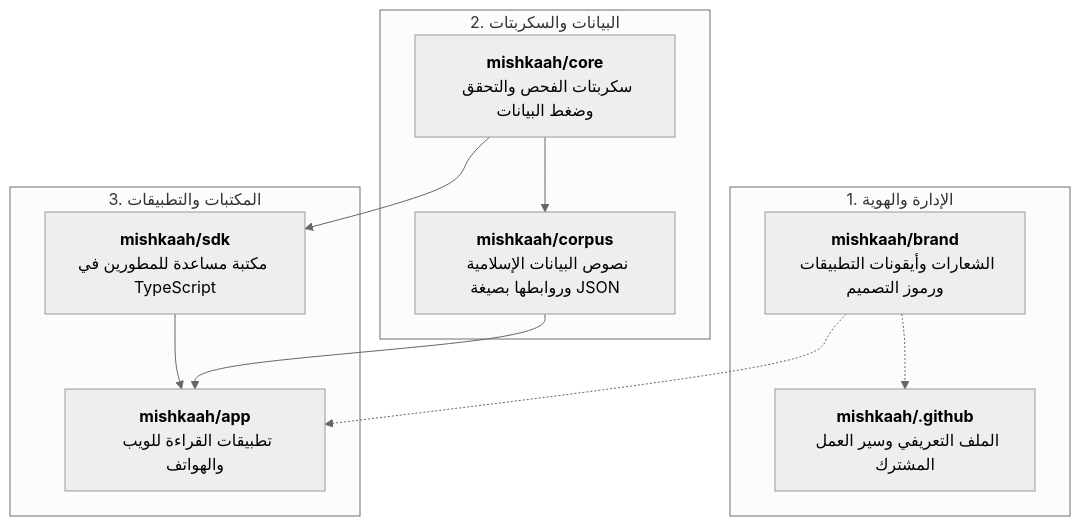
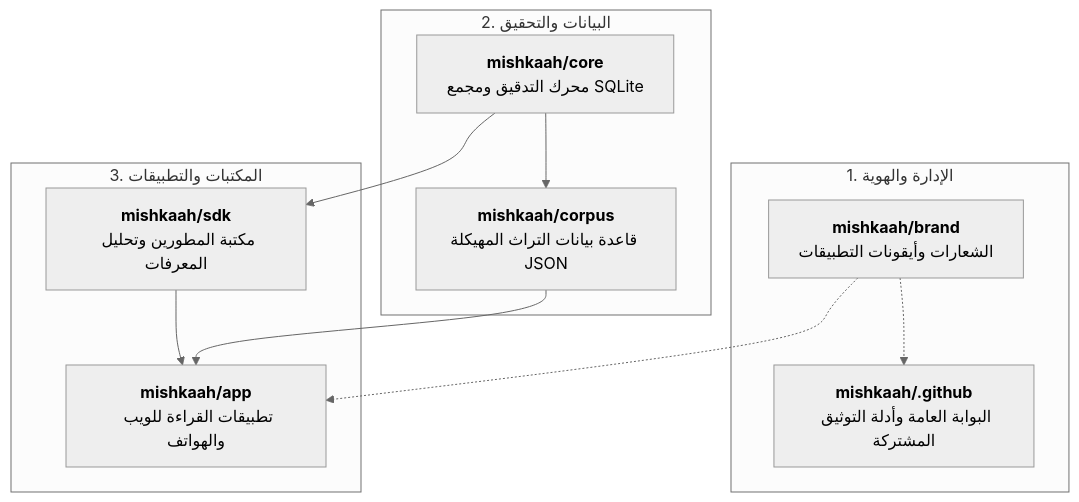
The diagram in profile/README.ar.md (mishkaah/.github), drawn with Mermaid (neutral theme) before and after one commit. The commit also changed other lines of this file and 13 other files, not shown here.

````diff
--- a/profile/README.ar.md
+++ b/profile/README.ar.md
@@ -92,24 +98,24 @@
 ```mermaid
 flowchart TD
-    subgraph DocsAndIdentity["1. الإدارة والهوية"]
-        DOTGITHUB["<b>mishkaah/.github</b><br/>الملف التعريفي وسير العمل المشترك"]
-        BRAND["<b>mishkaah/brand</b><br/>الشعارات وأيقونات التطبيقات ورموز التصميم"]
+    subgraph Governance["1. الإدارة والهوية"]
+        DOTGITHUB["<b>mishkaah/.github</b><br/>البوابة العامة وأدلة التوثيق المشتركة"]
+        BRAND["<b>mishkaah/brand</b><br/>الشعارات وأيقونات التطبيقات"]
     end
 
-    subgraph DataAndCore["2. البيانات والسكربتات"]
-        CORPUS["<b>mishkaah/corpus</b><br/>نصوص البيانات الإسلامية وروابطها بصيغة JSON"]
-        CORE["<b>mishkaah/core</b><br/>سكربتات الفحص والتحقق وضغط البيانات"]
+    subgraph DataAndCore["2. البيانات والتحقيق"]
+        CORPUS["<b>mishkaah/corpus</b><br/>قاعدة بيانات التراث المهيكلة JSON"]
+        CORE["<b>mishkaah/core</b><br/>محرك التدقيق ومجمع SQLite"]
     end
 
     subgraph LibrariesAndApps["3. المكتبات والتطبيقات"]
-        SDK["<b>mishkaah/sdk</b><br/>مكتبة مساعدة للمطورين في TypeScript"]
+        SDK["<b>mishkaah/sdk</b><br/>مكتبة المطورين وتحليل المعرفات"]
         APP["<b>mishkaah/app</b><br/>تطبيقات القراءة للويب والهواتف"]
     end
 
     BRAND -.-> DOTGITHUB
     BRAND -.-> APP
     CORE --> CORPUS
     CORE --> SDK
     SDK --> APP
     CORPUS --> APP
 ```
````
